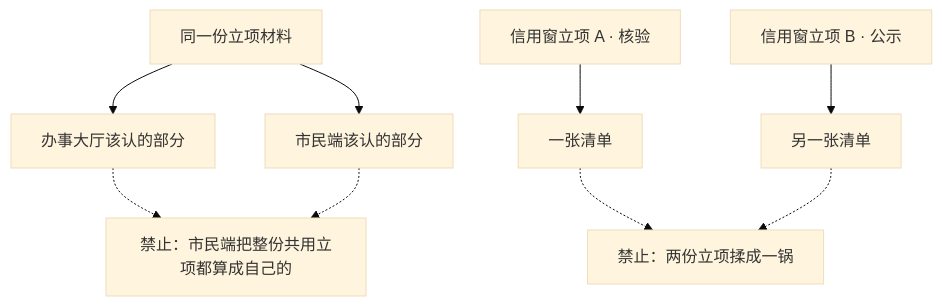
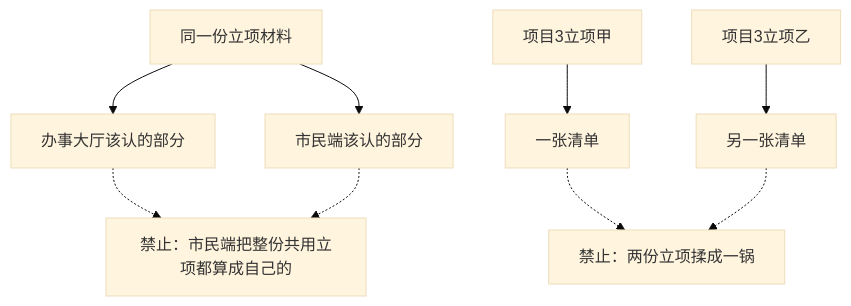
The seventh of 9 diagrams in examples/02-处理待确认事项.md (qiusuo0226/chrono-pm-skill), drawn with Mermaid (base theme) before and after one commit. The commit also changed other lines of this file and 16 other files, not shown here.

````diff
--- a/examples/02-处理待确认事项.md
+++ b/examples/02-处理待确认事项.md
@@ -210,11 +210,11 @@
 ```mermaid
 flowchart TB
     SRC["同一份立项材料"] --> HALL["办事大厅该认的部分"]
     SRC --> APP["市民端该认的部分"]
     HALL -.-> X["禁止：市民端把整份共用立项都算成自己的"]
     APP -.-> X
-    CR1["信用窗立项 A · 核验"] --> RA["一张清单"]
-    CR2["信用窗立项 B · 公示"] --> RB["另一张清单"]
+    CR1["项目3立项甲"] --> RA["一张清单"]
+    CR2["项目3立项乙"] --> RB["另一张清单"]
     RA -.-> Y["禁止：两份立项揉成一锅"]
     RB -.-> Y
 ```
````
